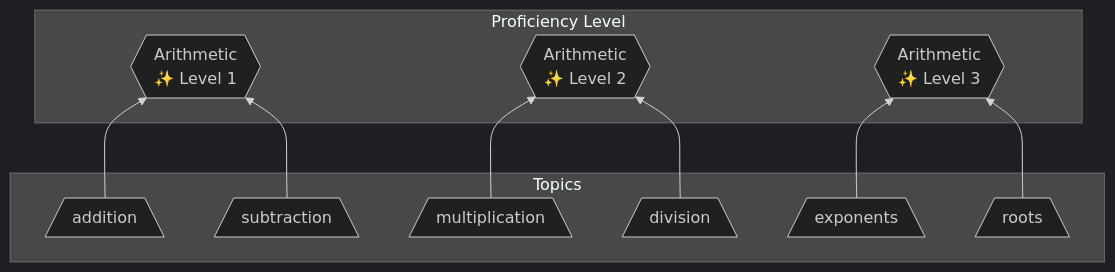
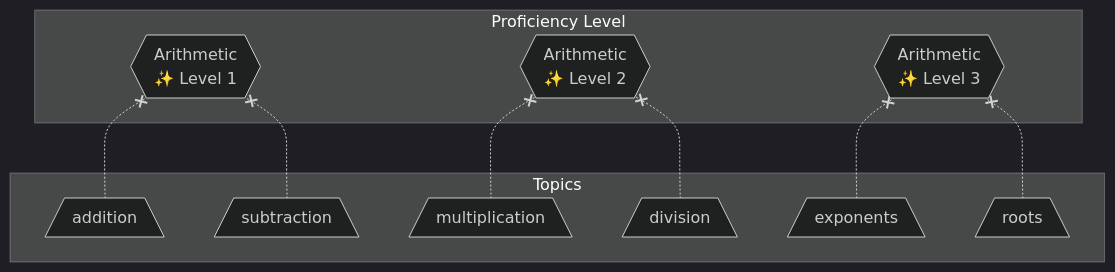
The second of 3 diagrams in specs/proficiency-level.md (openproficiency/model), drawn with Mermaid (dark theme) before and after one commit. The commit also changed other lines of this file, not shown here.

Commit message:
fix: incorrect arrows in charts

````diff
--- a/specs/proficiency-level.md
+++ b/specs/proficiency-level.md
@@ -92,29 +92,29 @@
 ```mermaid
 flowchart BT
 
    subgraph Topics
       t_addition[/addition\]
       t_subtraction[/subtraction\]
 
       t_multiplication[/multiplication\]
       t_division[/division\]
 
       t_exponents[/exponents\]
       t_roots[/roots\]
    end
 
    subgraph Proficiency Level
       plvl_1{{"Arithmetic<br/>✨ Level 1"}}
       plvl_2{{"Arithmetic<br/>✨ Level 2"}}
       plvl_3{{"Arithmetic<br/>✨ Level 3"}}
    end
 
-   t_addition --> plvl_1
-   t_subtraction --> plvl_1
+   t_addition -.-x plvl_1
+   t_subtraction -.-x plvl_1
 
-   t_multiplication --> plvl_2
-   t_division --> plvl_2
+   t_multiplication -.-x plvl_2
+   t_division -.-x plvl_2
 
-   t_exponents --> plvl_3
-   t_roots --> plvl_3
+   t_exponents -.-x plvl_3
+   t_roots -.-x plvl_3
 ```
````
